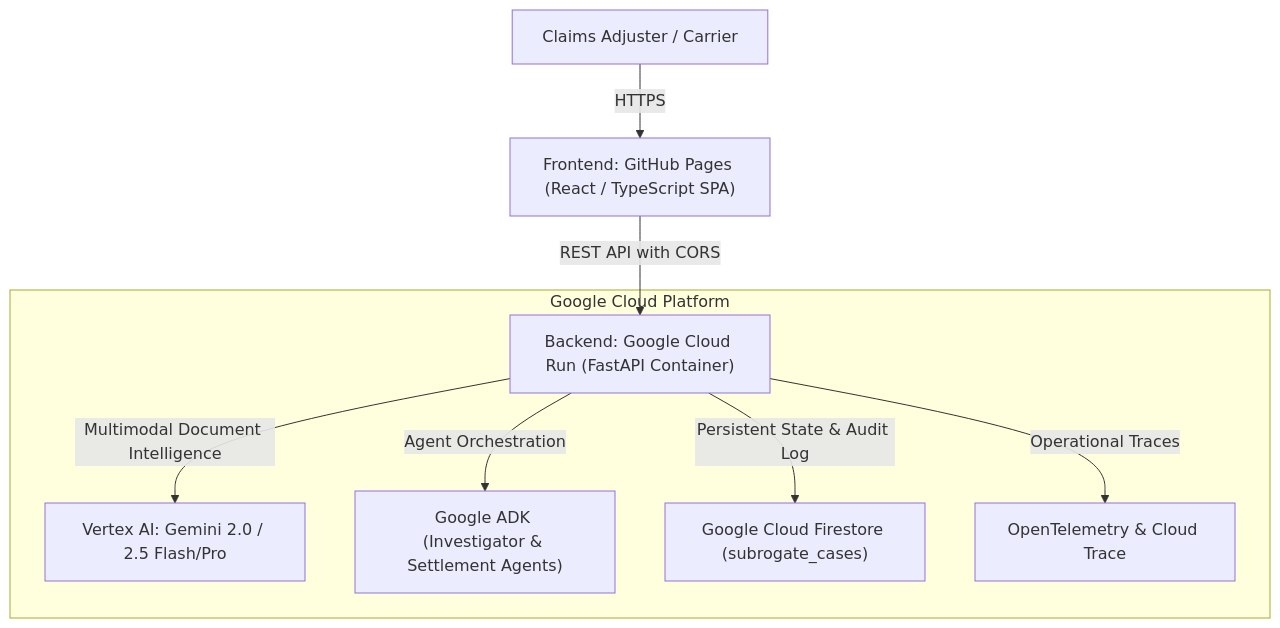
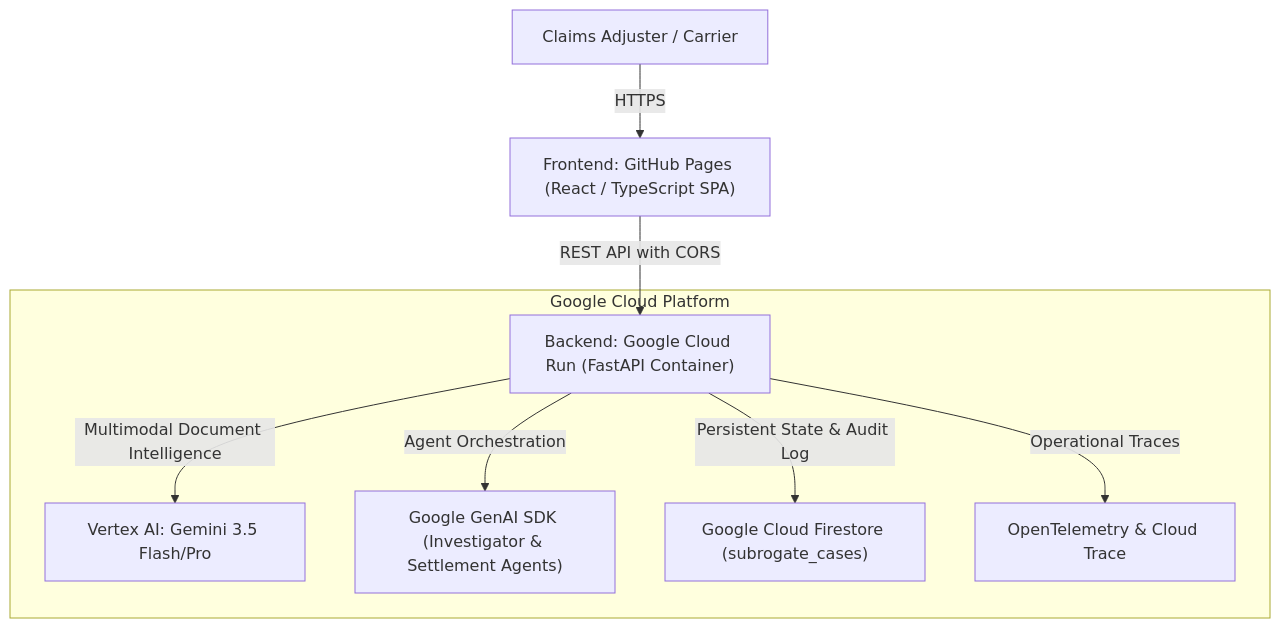
The diagram in docs/cloud-proof.md (malicodes2/SubroGate), drawn with Mermaid before and after one commit. The commit also changed other lines of this file and 34 other files, not shown here.

````diff
--- a/docs/cloud-proof.md
+++ b/docs/cloud-proof.md
@@ -14,12 +14,12 @@
 ```mermaid
 graph TD
     User["Claims Adjuster / Carrier"] -->|HTTPS| GHPages["Frontend: GitHub Pages (React / TypeScript SPA)"]
     GHPages -->|REST API with CORS| CloudRun["Backend: Google Cloud Run (FastAPI Container)"]
     
     subgraph Google Cloud Platform
-        CloudRun -->|Multimodal Document Intelligence| Gemini["Vertex AI: Gemini 2.0 / 2.5 Flash/Pro"]
-        CloudRun -->|Agent Orchestration| ADK["Google ADK (Investigator & Settlement Agents)"]
+        CloudRun -->|Multimodal Document Intelligence| Gemini["Vertex AI: Gemini 3.5 Flash/Pro"]
+        CloudRun -->|Agent Orchestration| SDK["Google GenAI SDK (Investigator & Settlement Agents)"]
         CloudRun -->|Persistent State & Audit Log| Firestore["Google Cloud Firestore (subrogate_cases)"]
         CloudRun -->|Operational Traces| CloudTrace["OpenTelemetry & Cloud Trace"]
     end
 ```
````
